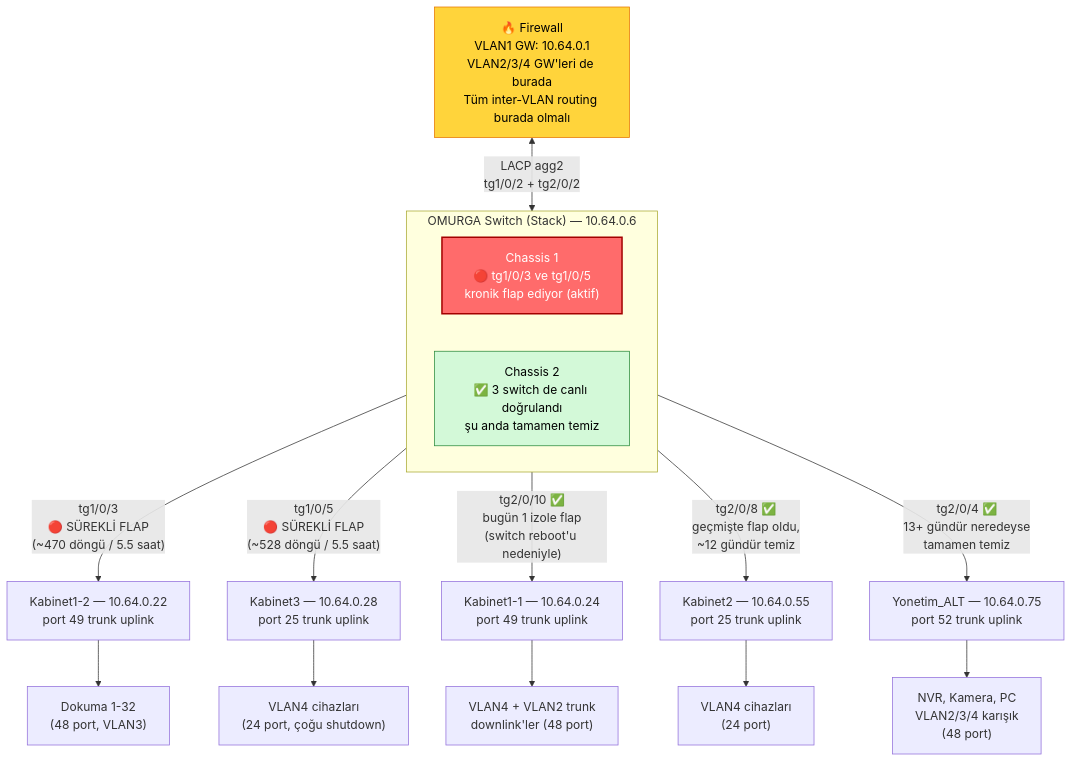
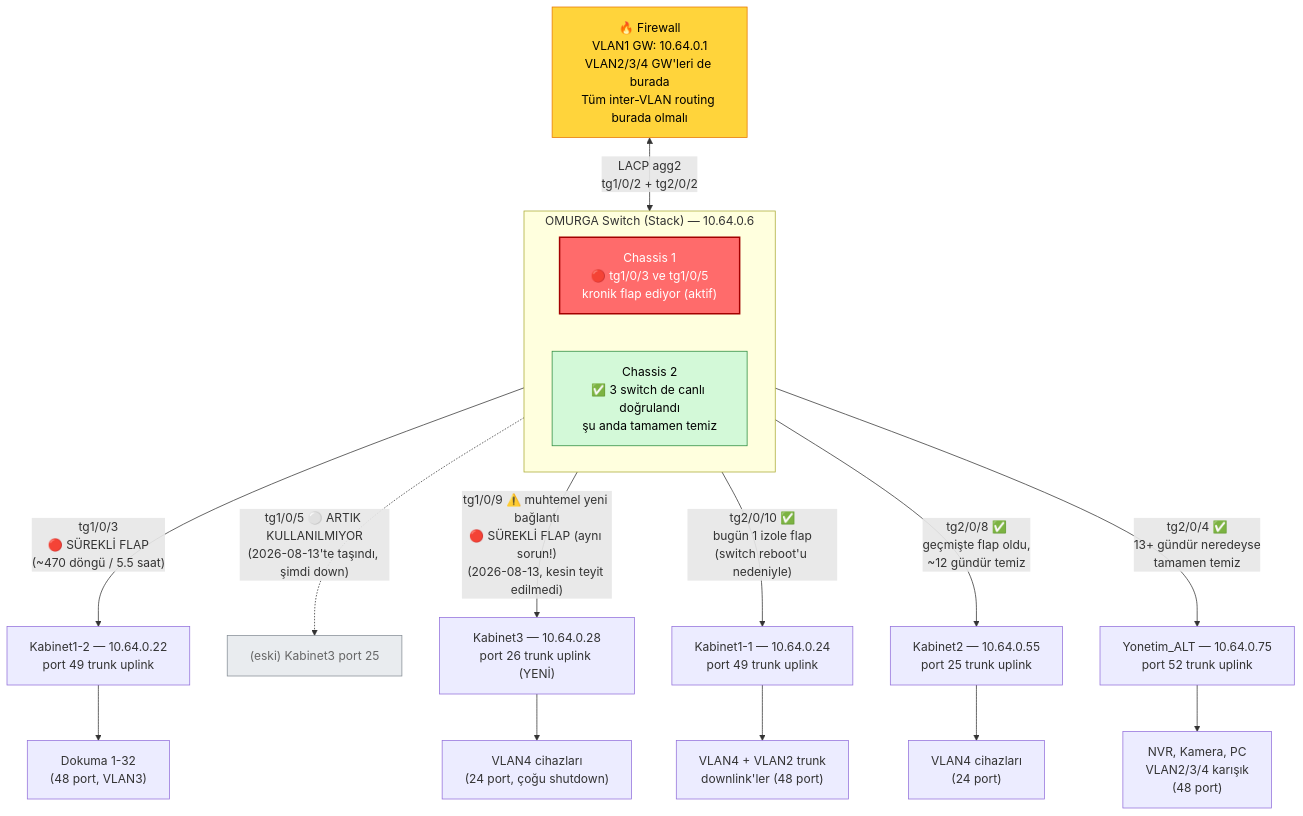
Before and after one commit to SeFo19/Ozdoku-Config: the first of 2 diagrams in topoloji_diyagram.md, drawn with Mermaid. The commit also changed other lines of this file and 3 other files, not shown here.

First line of the commit message:
Kabinet3 SFP değişimi ve port taşıma: sorun çözülmedi, chassis 1 içinde taşındı

````diff
--- a/topoloji_diyagram.md
+++ b/topoloji_diyagram.md
@@ -11,34 +13,38 @@
 ```mermaid
 graph TB
     FW["🔥 Firewall<br/>VLAN1 GW: 10.64.0.1<br/>VLAN2/3/4 GW'leri de burada<br/>Tüm inter-VLAN routing burada olmalı"]
 
     subgraph OMURGA["OMURGA Switch (Stack) — 10.64.0.6"]
         direction LR
         C1["Chassis 1<br/>🔴 tg1/0/3 ve tg1/0/5<br/>kronik flap ediyor (aktif)"]
         C2["Chassis 2<br/>✅ 3 switch de canlı doğrulandı<br/>şu anda tamamen temiz"]
     end
 
     FW <-->|"LACP agg2<br/>tg1/0/2 + tg2/0/2"| OMURGA
 
     C1 -->|"tg1/0/3<br/>🔴 SÜREKLİ FLAP<br/>(~470 döngü / 5.5 saat)"| K12["Kabinet1-2 — 10.64.0.22<br/>port 49 trunk uplink"]
-    C1 -->|"tg1/0/5<br/>🔴 SÜREKLİ FLAP<br/>(~528 döngü / 5.5 saat)"| K3["Kabinet3 — 10.64.0.28<br/>port 25 trunk uplink"]
+    C1 -.->|"tg1/0/5 ⚪ ARTIK KULLANILMIYOR<br/>(2026-08-13'te taşındı, şimdi down)"| K3OLD["(eski) Kabinet3 port 25"]
+    C1 -->|"tg1/0/9 ⚠️ muhtemel yeni bağlantı<br/>🔴 SÜREKLİ FLAP (aynı sorun!)<br/>(2026-08-13, kesin teyit edilmedi)"| K3["Kabinet3 — 10.64.0.28<br/>port 26 trunk uplink (YENİ)"]
 
     C2 -->|"tg2/0/10 ✅<br/>bugün 1 izole flap<br/>(switch reboot'u nedeniyle)"| K11["Kabinet1-1 — 10.64.0.24<br/>port 49 trunk uplink"]
     C2 -->|"tg2/0/8 ✅<br/>geçmişte flap oldu,<br/>~12 gündür temiz"| K2["Kabinet2 — 10.64.0.55<br/>port 25 trunk uplink"]
     C2 -->|"tg2/0/4 ✅<br/>13+ gündür neredeyse<br/>tamamen temiz"| YA["Yonetim_ALT — 10.64.0.75<br/>port 52 trunk uplink"]
 
     K12 --> D1["Dokuma 1-32<br/>(48 port, VLAN3)"]
     K3 --> D2["VLAN4 cihazları<br/>(24 port, çoğu shutdown)"]
     K11 --> D3["VLAN4 + VLAN2 trunk<br/>downlink'ler (48 port)"]
     K2 --> D4["VLAN4 cihazları<br/>(24 port)"]
     YA --> D5["NVR, Kamera, PC<br/>VLAN2/3/4 karışık<br/>(48 port)"]
 
     classDef problem fill:#ff6b6b,stroke:#a30000,color:#fff,stroke-width:2px
     classDef ok fill:#d3f9d8,stroke:#2b8a3e,color:#000
     classDef fw fill:#ffd43b,stroke:#e67700,color:#000
     classDef omurga fill:#e7f5ff,stroke:#1971c2,color:#000
 
+    classDef unused fill:#e9ecef,stroke:#868e96,color:#666
+
     class C1 problem
     class C2 ok
     class FW fw
+    class K3OLD unused
 ```
````
